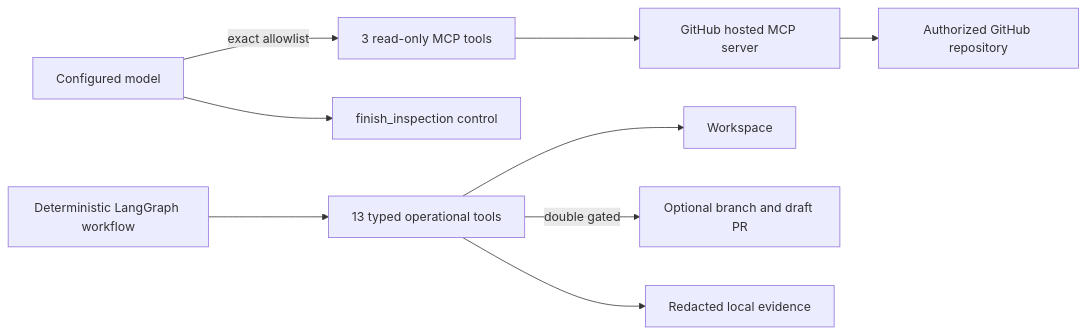
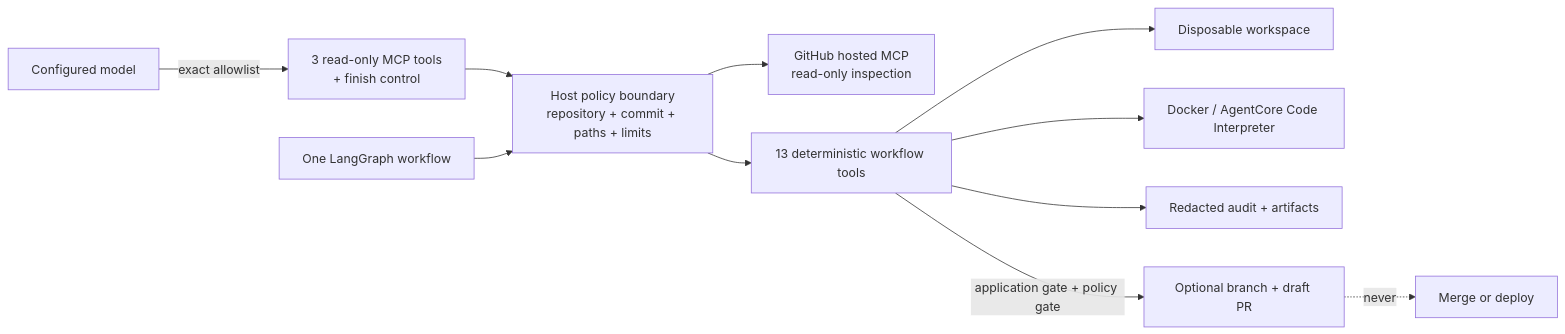
One commit to MtechSE-ArchAI-Team7/remediation-agent changed the diagram in docs/TOOL_CATALOG.md. Above: the diagram before and after it, drawn with Mermaid. The commit also changed 78 other files, not shown here.

````diff
--- a/docs/TOOL_CATALOG.md
+++ b/docs/TOOL_CATALOG.md
@@ -9,11 +9,13 @@
 ```mermaid
 flowchart LR
-    Model["Configured model"] -->|exact allowlist| Inspect["3 read-only MCP tools"]
-    Model --> Finish["finish_inspection control"]
-    Workflow["Deterministic LangGraph workflow"] --> Host["13 typed operational tools"]
-    Inspect --> GitHub["GitHub hosted MCP server"]
-    GitHub --> Repository["Authorized GitHub repository"]
-    Host --> Workspace
-    Host -->|double gated| Remote["Optional branch and draft PR"]
-    Host --> Evidence["Redacted local evidence"]
+    Model["Configured model"] -->|exact allowlist| ModelTools["3 read-only MCP tools<br/>+ finish control"]
+    ModelTools --> Policy["Host policy boundary<br/>repository + commit + paths + limits"]
+    Policy --> GitHub["GitHub hosted MCP<br/>read-only inspection"]
+    Workflow["One LangGraph workflow"] --> Policy
+    Policy --> HostTools["13 deterministic workflow tools"]
+    HostTools --> Workspace["Disposable workspace"]
+    HostTools --> Sandbox["Docker / AgentCore Code Interpreter"]
+    HostTools --> Evidence["Redacted audit + artifacts"]
+    HostTools -->|application gate + policy gate| Remote["Optional branch + draft PR"]
+    Remote -. never .-> Merge["Merge or deploy"]
 ```
````
